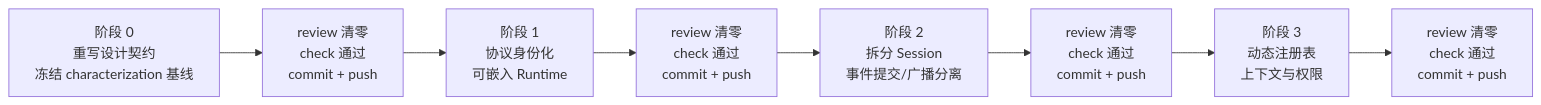
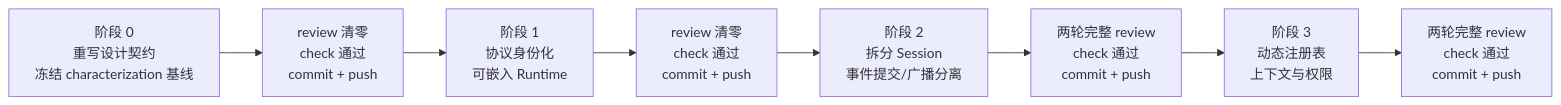
The diagram in docs/11-roadmap.md (rita152/coda), drawn with Mermaid before and after one commit. The commit also changed other lines of this file and 65 other files, not shown here.

````diff
--- a/docs/11-roadmap.md
+++ b/docs/11-roadmap.md
@@ -12,12 +14,12 @@
 ```mermaid
 flowchart LR
   P0["阶段 0\n重写设计契约\n冻结 characterization 基线"]
   G0["review 清零\ncheck 通过\ncommit + push"]
   P1["阶段 1\n协议身份化\n可嵌入 Runtime"]
   G1["review 清零\ncheck 通过\ncommit + push"]
   P2["阶段 2\n拆分 Session\n事件提交/广播分离"]
-  G2["review 清零\ncheck 通过\ncommit + push"]
+  G2["两轮完整 review\ncheck 通过\ncommit + push"]
   P3["阶段 3\n动态注册表\n上下文与权限"]
-  G3["review 清零\ncheck 通过\ncommit + push"]
+  G3["两轮完整 review\ncheck 通过\ncommit + push"]
   P0 --> G0 --> P1 --> G1 --> P2 --> G2 --> P3 --> G3
 ```
````
